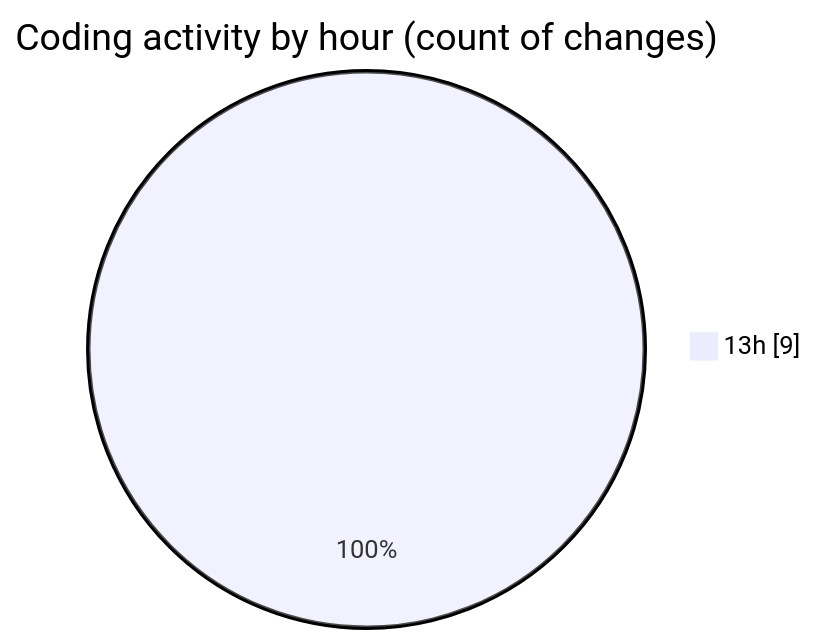
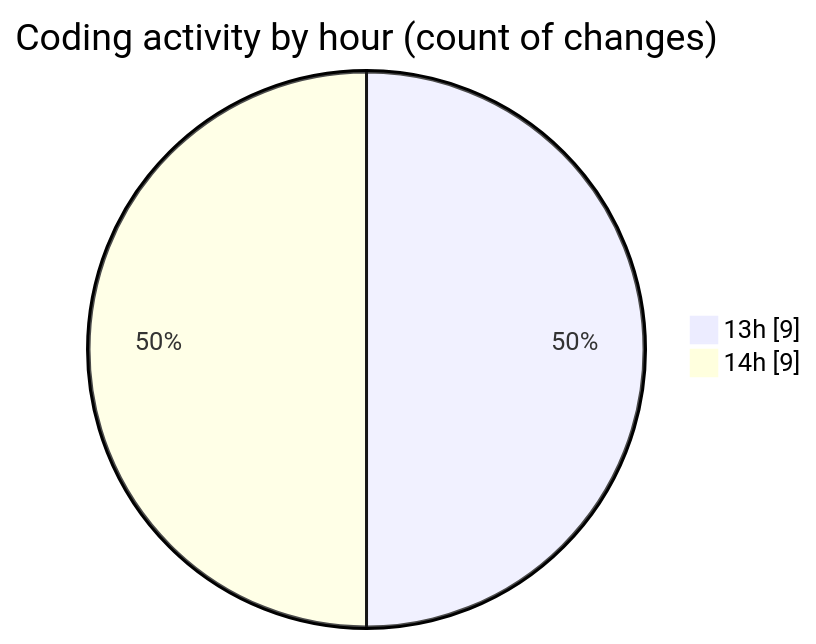
The second of 2 diagrams in 2026-01-18/e_mail/README.md (IJAZ3593/code-tracking), drawn with Mermaid before and after one commit. The commit also changed other lines of this file and 1 other file, not shown here.

````diff
--- a/2026-01-18/e_mail/README.md
+++ b/2026-01-18/e_mail/README.md
@@ -32,5 +36,6 @@
 ```mermaid
 pie showData
 title Coding activity by hour (count of changes)
 "13h" : 9
+"14h" : 9
 ```
````
